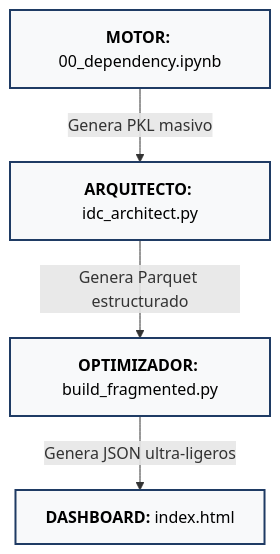
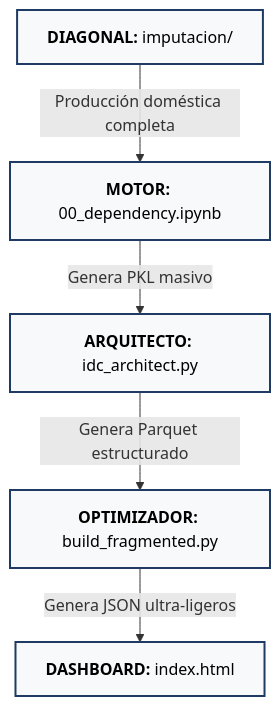
Before and after one commit to mhidper/Seguridad-Economica: the first of 7 diagrams in README.md, drawn with Mermaid. The commit also changed other lines of this file and 10 other files, not shown here.

````diff
--- a/README.md
+++ b/README.md
@@ -58,11 +70,13 @@
 ```mermaid
 graph TD
+    Z[<b>DIAGONAL:</b> imputacion/] -->|Producción doméstica completa| A
     A[<b>MOTOR:</b> 00_dependency.ipynb] -->|Genera PKL masivo| B[<b>ARQUITECTO:</b> idc_architect.py]
     B -->|Genera Parquet estructurado| C[<b>OPTIMIZADOR:</b> build_fragmented.py]
     C -->|Genera JSON ultra-ligeros| D[<b>DASHBOARD:</b> index.html]
     
+    style Z fill:#f8f9fa,stroke:#1f3b64,stroke-width:2px,color:#000
     style A fill:#f8f9fa,stroke:#1f3b64,stroke-width:2px,color:#000
     style B fill:#f8f9fa,stroke:#1f3b64,stroke-width:2px,color:#000
     style C fill:#f8f9fa,stroke:#1f3b64,stroke-width:2px,color:#000
     style D fill:#f8f9fa,stroke:#1f3b64,stroke-width:2px,color:#000
 ```
````
